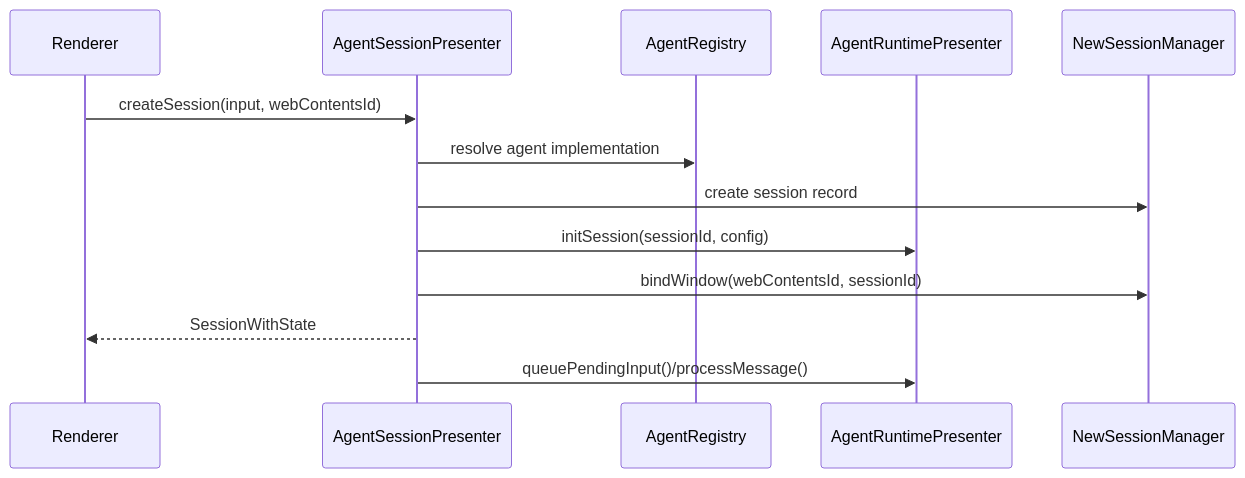
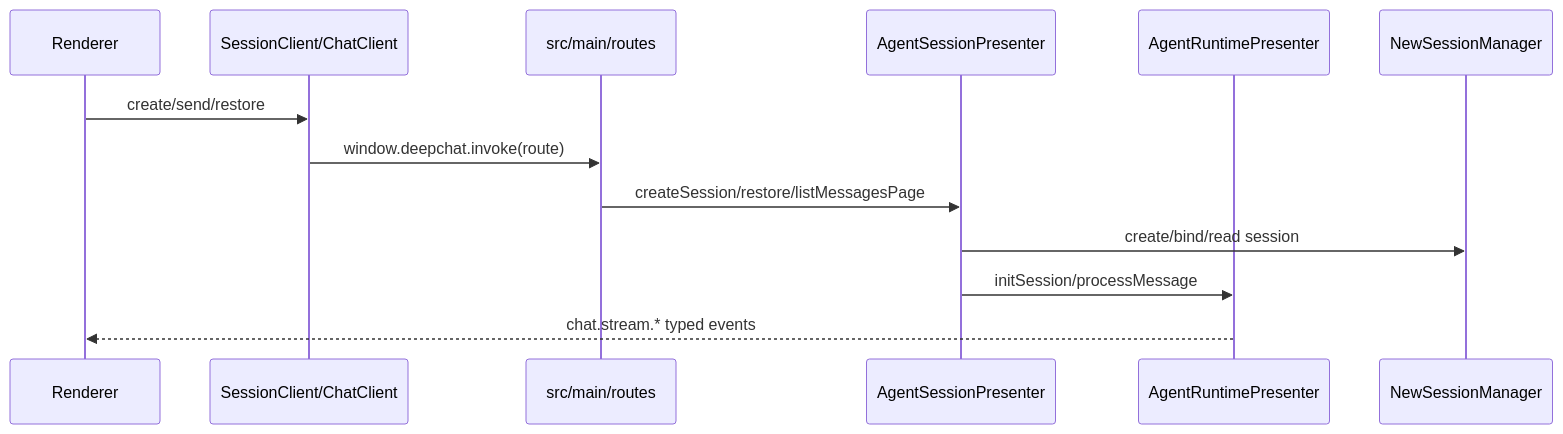
The first of 9 diagrams in docs/FLOWS.md (ThinkInAIXYZ/deepchat), drawn with Mermaid before and after one commit. The commit also changed other lines of this file and 426 other files, not shown here.

````diff
--- a/docs/FLOWS.md
+++ b/docs/FLOWS.md
@@ -8,16 +8,16 @@
 ```mermaid
 sequenceDiagram
     participant R as Renderer
+    participant C as SessionClient/ChatClient
+    participant Route as src/main/routes
     participant N as AgentSessionPresenter
-    participant A as AgentRegistry
     participant D as AgentRuntimePresenter
     participant S as NewSessionManager
 
-    R->>N: createSession(input, webContentsId)
-    N->>A: resolve agent implementation
-    N->>S: create session record
-    N->>D: initSession(sessionId, config)
-    N->>S: bindWindow(webContentsId, sessionId)
-    N-->>R: SessionWithState
-    N->>D: queuePendingInput()/processMessage()
+    R->>C: create/send/restore
+    C->>Route: window.deepchat.invoke(route)
+    Route->>N: createSession/restore/listMessagesPage
+    N->>S: create/bind/read session
+    N->>D: initSession/processMessage
+    D-->>R: chat.stream.* typed events
 ```
````
